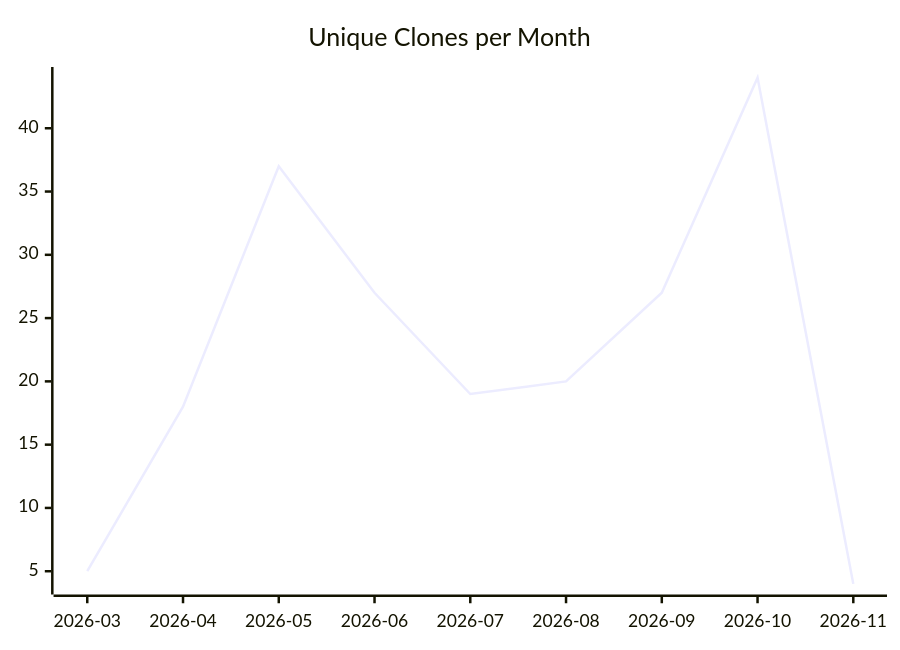
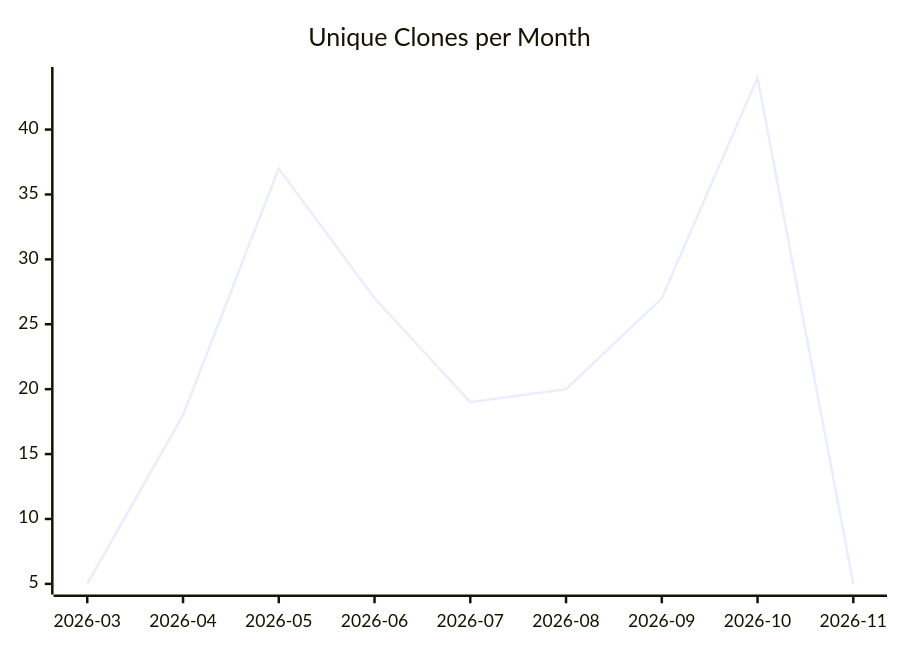
The third of 3 diagrams in karlmdavis/obsidian-operator/README.md (justdavis-family/github-analytics-data), drawn with Mermaid before and after one commit. The commit also changed other lines of this file and 188 other files, not shown here.

````diff
--- a/karlmdavis/obsidian-operator/README.md
+++ b/karlmdavis/obsidian-operator/README.md
@@ -19,6 +19,6 @@
 ```mermaid
 xychart-beta
   title "Unique Clones per Month"
   x-axis ["2026-03", "2026-04", "2026-05", "2026-06", "2026-07", "2026-08", "2026-09", "2026-10", "2026-11"]
-  line [5, 18, 37, 27, 19, 20, 27, 44, 4]
+  line [5, 18, 37, 27, 19, 20, 27, 44, 5]
 ```
````
